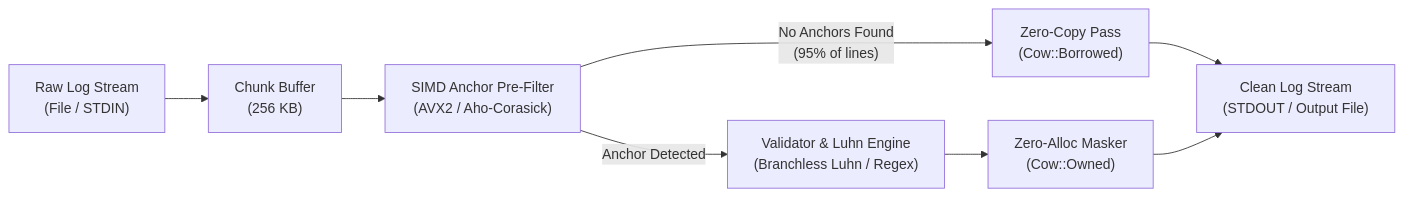
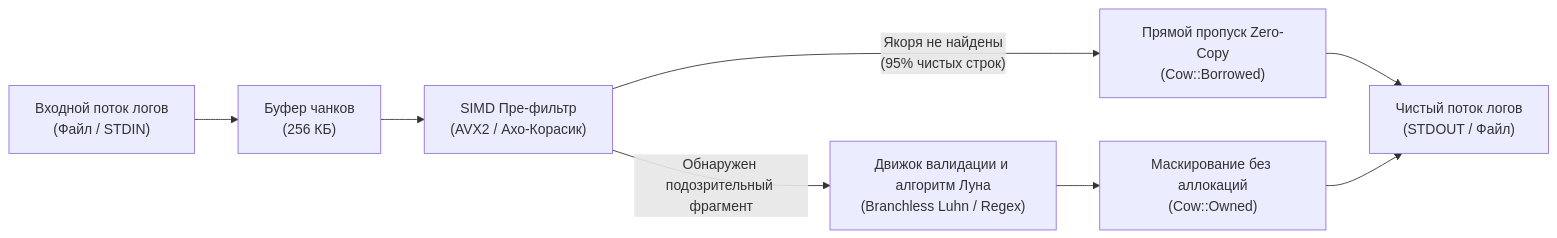
One commit to kemranbatcaev02-gif/viperlog changed the diagram in README.md. Above: the diagram before and after it, drawn with Mermaid. The commit also changed other lines of this file, not shown here.

````diff
--- a/README.md
+++ b/README.md
@@ -167,10 +169,10 @@
 ```mermaid
 flowchart LR
-    A["Raw Log Stream<br/>(File / STDIN)"] --> B["Chunk Buffer<br/>(256 KB)"]
-    B --> C["SIMD Anchor Pre-Filter<br/>(AVX2 / Aho-Corasick)"]
-    C -- "No Anchors Found<br/>(95% of lines)" --> D["Zero-Copy Pass<br/>(Cow::Borrowed)"]
-    C -- "Anchor Detected" --> E["Validator & Luhn Engine<br/>(Branchless Luhn / Regex)"]
-    E --> F["Zero-Alloc Masker<br/>(Cow::Owned)"]
-    D --> G["Clean Log Stream<br/>(STDOUT / Output File)"]
+    A["Входной поток логов<br/>(Файл / STDIN)"] --> B["Буфер чанков<br/>(256 КБ)"]
+    B --> C["SIMD Пре-фильтр<br/>(AVX2 / Ахо-Корасик)"]
+    C -- "Якоря не найдены<br/>(95% чистых строк)" --> D["Прямой пропуск Zero-Copy<br/>(Cow::Borrowed)"]
+    C -- "Обнаружен подозрительный фрагмент" --> E["Движок валидации и алгоритм Луна<br/>(Branchless Luhn / Regex)"]
+    E --> F["Маскирование без аллокаций<br/>(Cow::Owned)"]
+    D --> G["Чистый поток логов<br/>(STDOUT / Файл)"]
     F --> G
 ```
````
